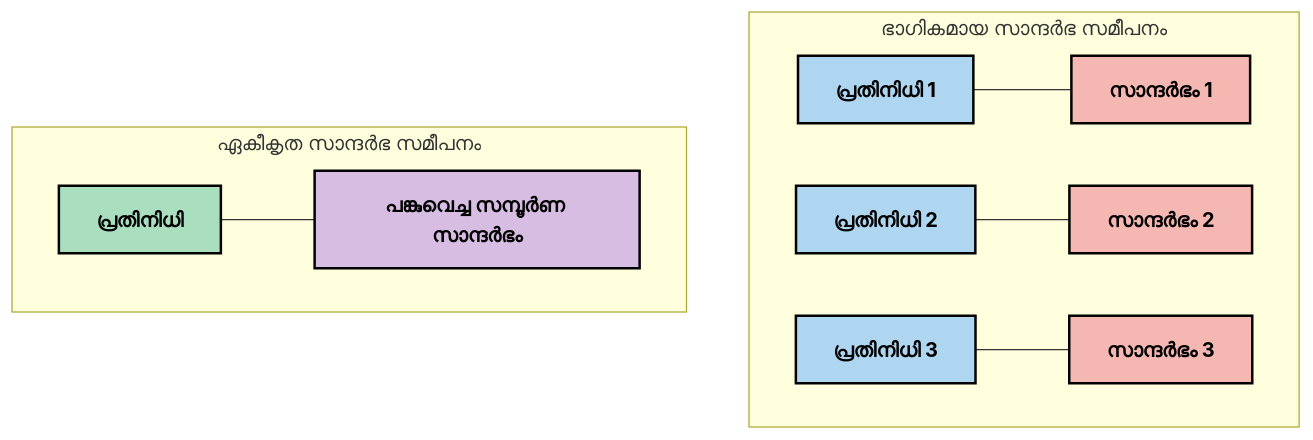
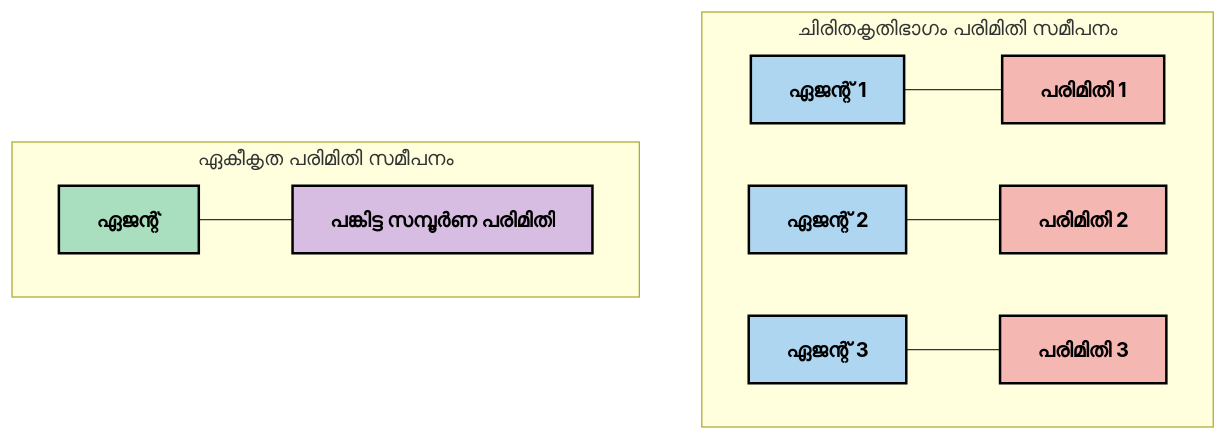
Before and after one commit to HIDORAKAI002/ai-workspace-archive: the second of 6 diagrams in mcp_ecosystem__model_context_protocol/mcp_learning_resources/mcp-for-beginners/translations/ml/05-AdvancedTopics/mcp-contextengineering/README.md, drawn with Mermaid. The commit also changed other lines of this file and 1046 other files, not shown here.

````diff
--- a/mcp_ecosystem__model_context_protocol/mcp_learning_resources/mcp-for-beginners/translations/ml/05-AdvancedTopics/mcp-contextengineering/README.md
+++ b/mcp_ecosystem__model_context_protocol/mcp_learning_resources/mcp-for-beginners/translations/ml/05-AdvancedTopics/mcp-contextengineering/README.md
@@ -71,21 +73,21 @@
 ```mermaid
 graph TD
-    subgraph "ഭാഗികമായ സാന്ദർഭ സമീപനം"
-    A1[പ്രതിനിധി 1] --- C1[സാന്ദർഭം 1]
-    A2[പ്രതിനിധി 2] --- C2[സാന്ദർഭം 2]
-    A3[പ്രതിനിധി 3] --- C3[സാന്ദർഭം 3]
+    subgraph "ചിരിതകൃതിഭാഗം പരിമിതി സമീപനം"
+    A1[ഏജന്റ് 1] --- C1[പരിമിതി 1]
+    A2[ഏജന്റ് 2] --- C2[പരിമിതി 2]
+    A3[ഏജന്റ് 3] --- C3[പരിമിതി 3]
     end
     
-    subgraph "ഏകീകൃത സാന്ദർഭ സമീപനം"
-    B1[പ്രതിനിധി] --- D1[പങ്കുവെച്ച സമ്പൂർണ സാന്ദർഭം]
+    subgraph "ഏകീകൃത പരിമിതി സമീപനം"
+    B1[ഏജന്റ്] --- D1[പങ്കിട്ട സമ്പൂർണ പരിമിതി]
     end
     
     style A1 fill:#AED6F1,stroke:#000000,stroke-width:2px,color:#000000,font-weight:bold
     style A2 fill:#AED6F1,stroke:#000000,stroke-width:2px,color:#000000,font-weight:bold
     style A3 fill:#AED6F1,stroke:#000000,stroke-width:2px,color:#000000,font-weight:bold
     style B1 fill:#A9DFBF,stroke:#000000,stroke-width:2px,color:#000000,font-weight:bold
     style C1 fill:#F5B7B1,stroke:#000000,stroke-width:2px,color:#000000,font-weight:bold
     style C2 fill:#F5B7B1,stroke:#000000,stroke-width:2px,color:#000000,font-weight:bold
     style C3 fill:#F5B7B1,stroke:#000000,stroke-width:2px,color:#000000,font-weight:bold
     style D1 fill:#D7BDE2,stroke:#000000,stroke-width:2px,color:#000000,font-weight:bold
 ```
````
